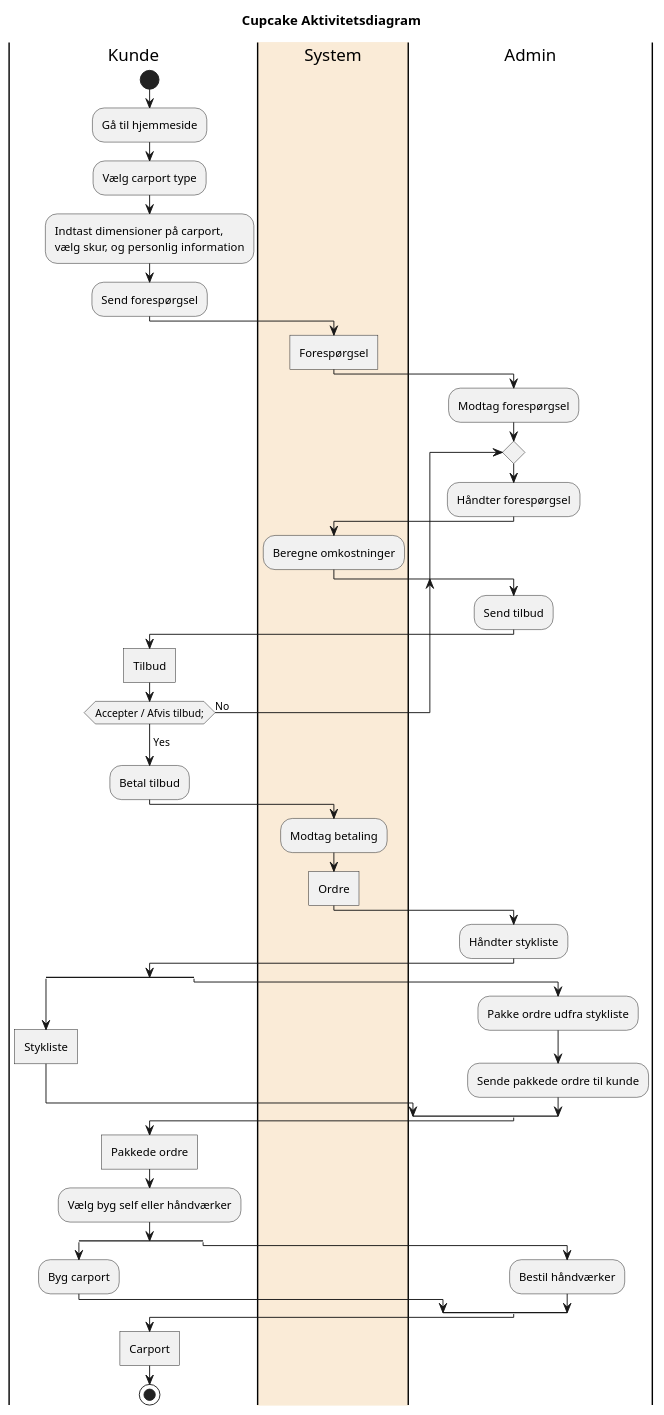
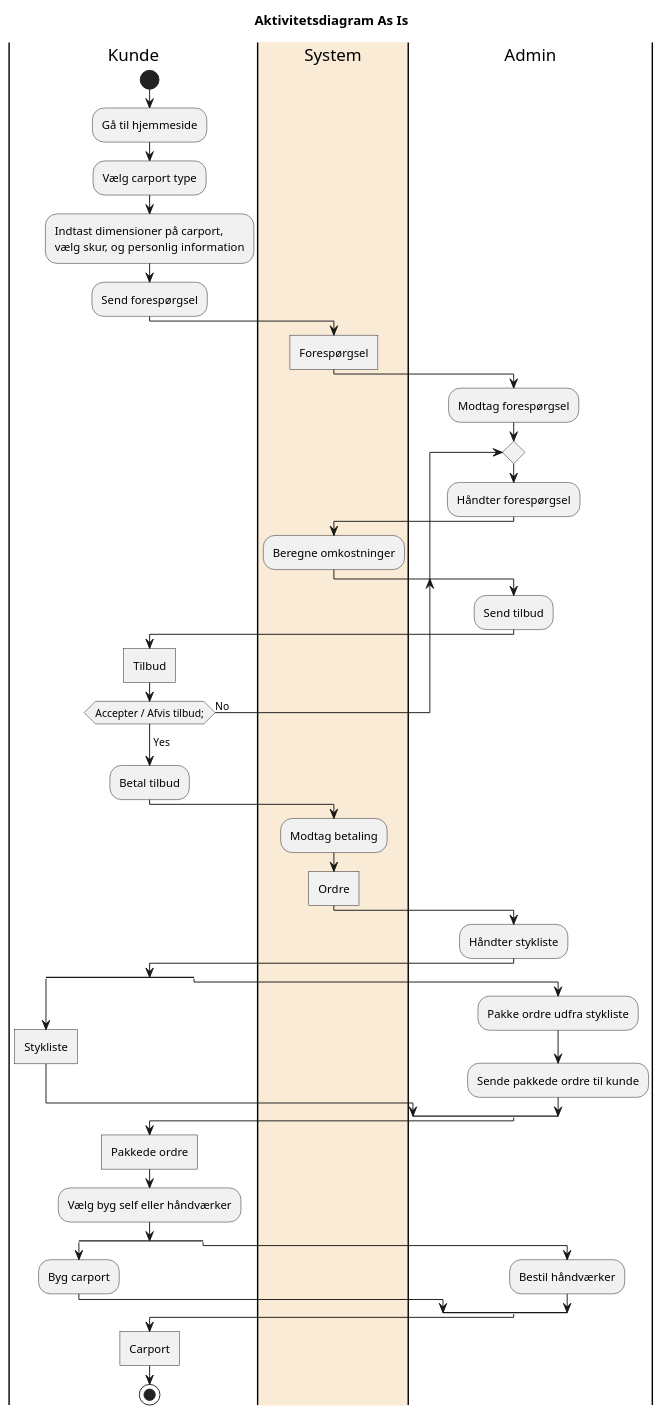
One commit to LaDane/FogCarport changed the diagram in plantuml/AktivitetsDiagramAsIS.puml. Above: the diagram before and after it, drawn with PlantUML. The commit also changed 8 other files, not shown here.

Commit message:
aktivitets diagram

```diff
--- a/plantuml/AktivitetsDiagramAsIS.puml
+++ b/plantuml/AktivitetsDiagramAsIS.puml
@@ -1,52 +1,52 @@
 @startuml
-Title Cupcake Aktivitetsdiagram
+Title Aktivitetsdiagram As Is
 |Kunde|
     start
     :Gå til hjemmeside;
     :Vælg carport type;
     :Indtast dimensioner på carport,
     vælg skur, og personlig information;
     :Send forespørgsel;
 |#AntiqueWhite|System|
     :Forespørgsel]
 
 |Admin|
     :Modtag forespørgsel;
     repeat
     :Håndter forespørgsel;
 |System|
     :Beregne omkostninger;
 |Admin|
     :Send tilbud;
 |Kunde|
     :Tilbud]
     repeat while (Accepter / Afvis tilbud;) is (No)
     ->Yes;
     :Betal tilbud;
 |System|
     :Modtag betaling;
     :Ordre]
 |Admin|
     :Håndter stykliste;
     split
 |Kunde|
     :Stykliste]
 |Admin|
     split again
     :Pakke ordre udfra stykliste;
     :Sende pakkede ordre til kunde;
     end split
 |Kunde|
     :Pakkede ordre]
     :Vælg byg self eller håndværker;
     split
 |Kunde|
     :Byg carport;
 |Admin|
     split again
     :Bestil håndværker;
 |Kunde|
     split end
     :Carport]
 stop
 @enduml
```
